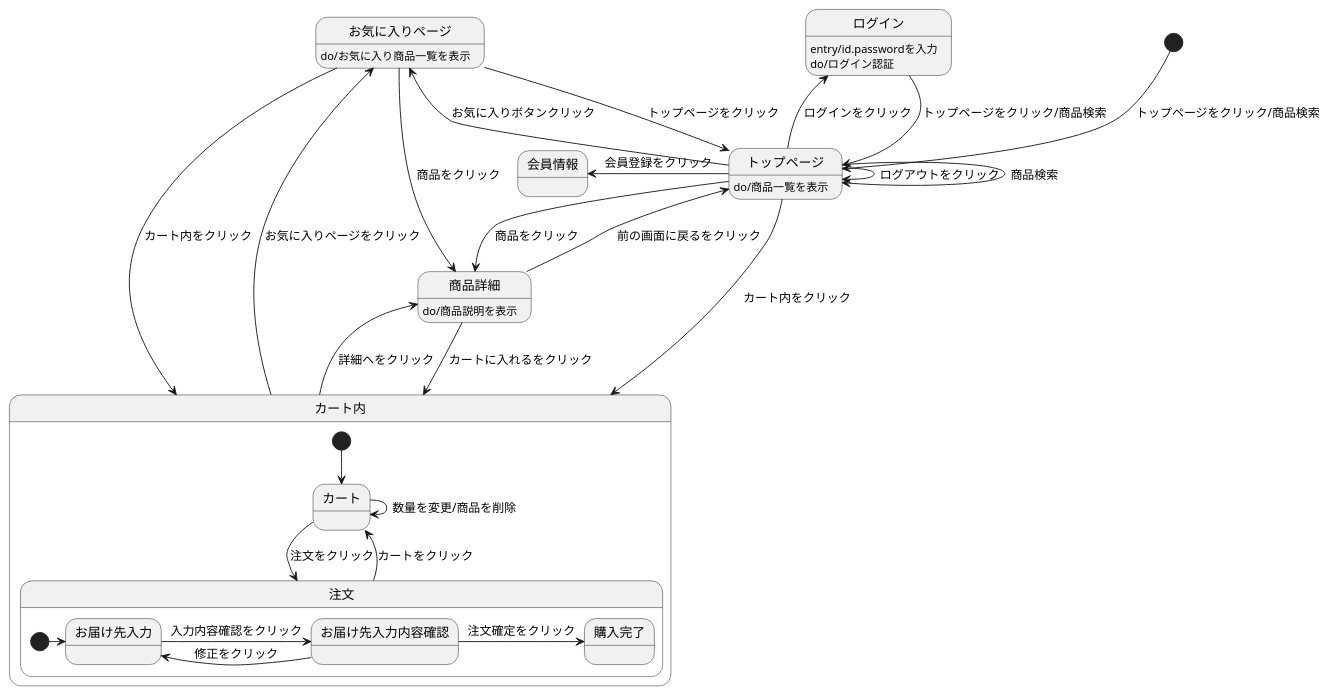
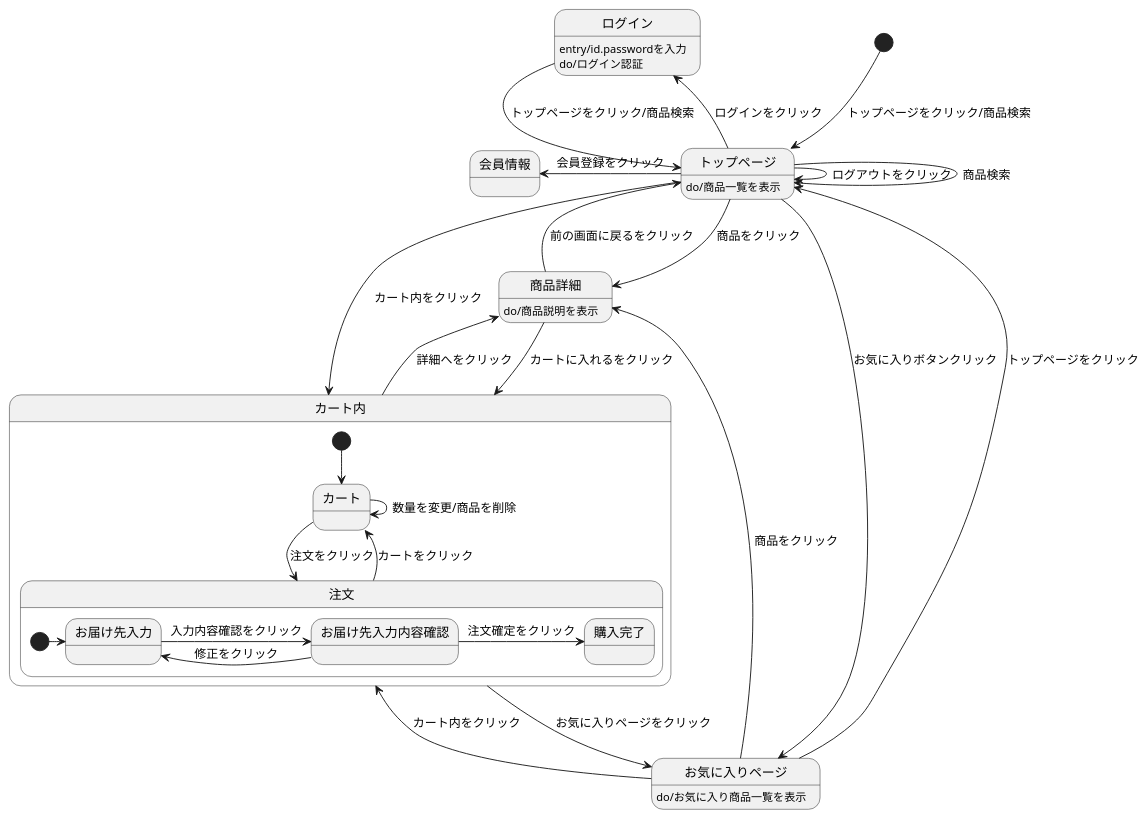
Before and after one commit to Aso2001207/2021sys-design: the diagram in mystm.md, drawn with PlantUML.

````diff
--- a/mystm.md
+++ b/mystm.md
@@ -1,38 +1,38 @@
 ```uml
 @startuml
 [*] --> トップページ :トップページをクリック/商品検索
 ログイン --> トップページ :トップページをクリック/商品検索
 ログイン :entry/id.passwordを入力
 ログイン :do/ログイン認証
 トップページ --> トップページ :ログアウトをクリック
 トップページ --> トップページ :商品検索
 トップページ -> 商品詳細 :商品をクリック
 トップページ -left-> 会員情報 :会員登録をクリック
 トップページ -left-> ログイン :ログインをクリック
 トップページ --> カート内 :カート内をクリック
-トップページ -left-> お気に入りページ :お気に入りボタンクリック
+トップページ -right-> お気に入りページ :お気に入りボタンクリック
 トップページ :do/商品一覧を表示
 商品詳細 --> カート内 :カートに入れるをクリック
 商品詳細 --> トップページ :前の画面に戻るをクリック
 商品詳細 :do/商品説明を表示
 お気に入りページ --> トップページ :トップページをクリック
 お気に入りページ --> カート内 :カート内をクリック
 お気に入りページ -> 商品詳細 :商品をクリック
 お気に入りページ :do/お気に入り商品一覧を表示
 カート内 -> 商品詳細 :詳細へをクリック
 カート内 -> お気に入りページ :お気に入りページをクリック
 
 state カート内 {
 [*] --> カート
 カート -> 注文 :注文をクリック
 カート -> カート :数量を変更/商品を削除
 注文 --> カート :カートをクリック
 state 注文 {
 [*] -> お届け先入力
 お届け先入力 -> お届け先入力内容確認 :入力内容確認をクリック
 お届け先入力内容確認 -> お届け先入力 :修正をクリック
 お届け先入力内容確認 -> 購入完了 :注文確定をクリック
 }
 }
 @enduml
 ```
````
